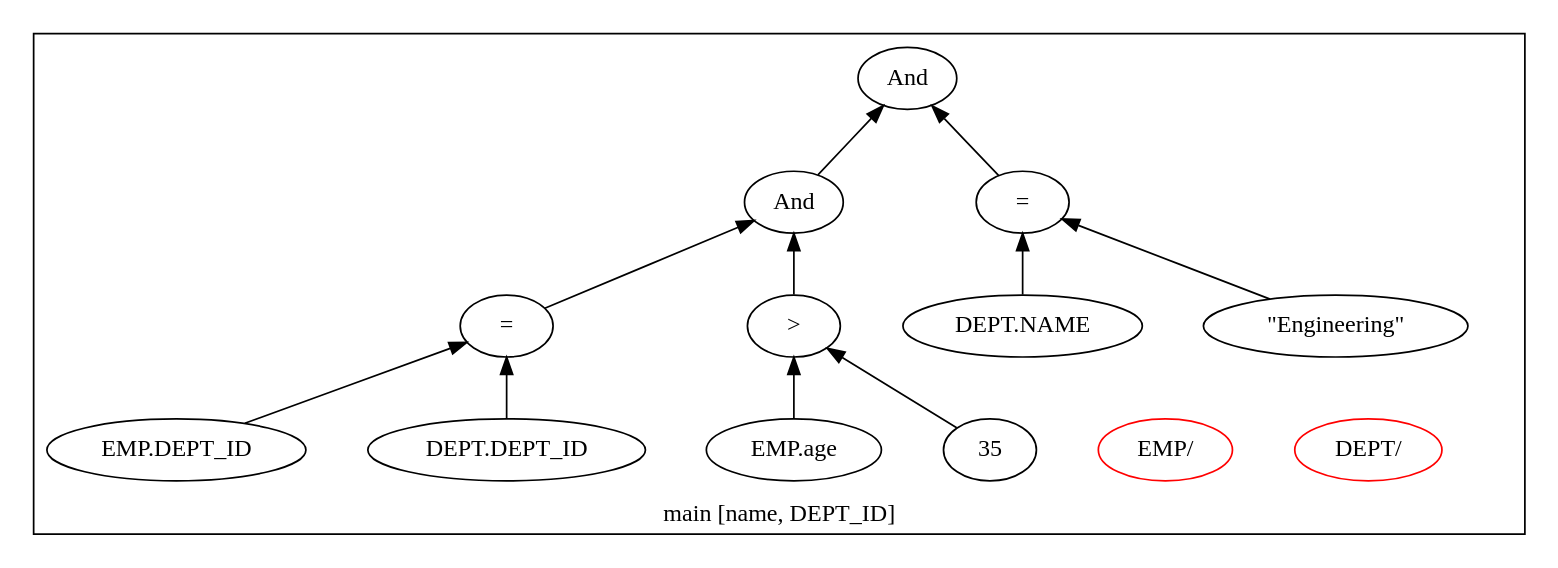
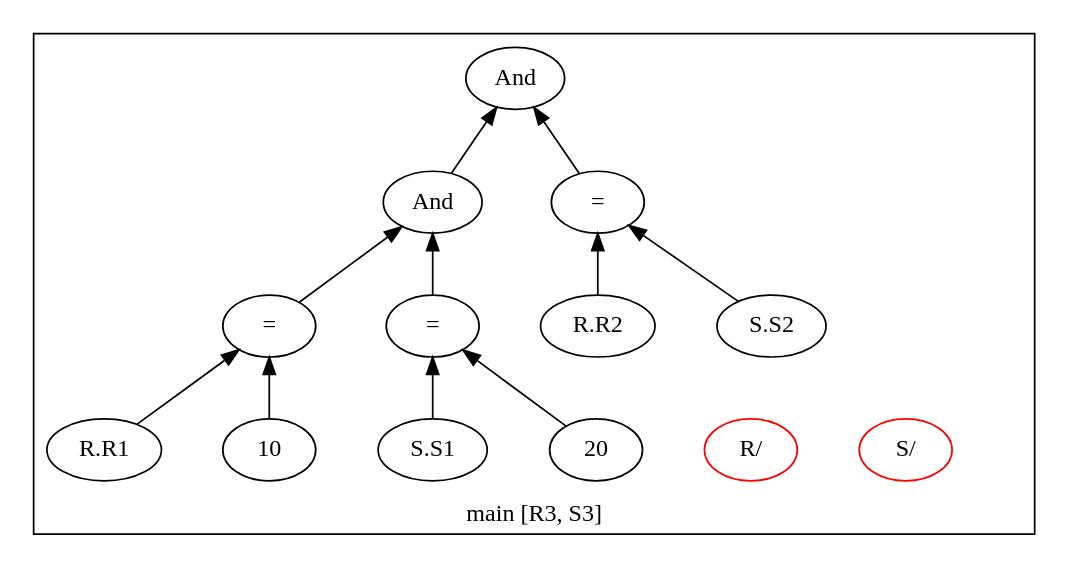
Before and after one commit to adarshpannu/kona: the diagram in qgm.dot, drawn with Graphviz. The commit also changed 7 other files, not shown here.

```diff
--- a/qgm.dot
+++ b/qgm.dot
@@ -1,32 +1,32 @@
 digraph example1 {
     rankdir=BT;
     nodesep=0.5;
     ordering="in";
   subgraph cluster_main {
-    label = "main [name, DEPT_ID]";
+    label = "main [R3, S3]";
     "main_pt"[shape=point, color=white];
-    "QUN_1"[label="DEPT/ ", color=red]
-    "QUN_0"[label="EMP/ ", color=red]
-    exprnode0x7f9711d35d08[label="And"];
-    exprnode0x7f9711d35b68 -> exprnode0x7f9711d35d08;
-    exprnode0x7f9711d35cb8 -> exprnode0x7f9711d35d08;
-    exprnode0x7f9711d35b68[label="And"];
-    exprnode0x7f9711d34bf8 -> exprnode0x7f9711d35b68;
-    exprnode0x7f9711d35b18 -> exprnode0x7f9711d35b68;
-    exprnode0x7f9711d34bf8[label="="];
-    exprnode0x7f9711d344a8 -> exprnode0x7f9711d34bf8;
-    exprnode0x7f9711d34ba8 -> exprnode0x7f9711d34bf8;
-    exprnode0x7f9711d344a8[label="EMP.DEPT_ID"];
-    exprnode0x7f9711d34ba8[label="DEPT.DEPT_ID"];
-    exprnode0x7f9711d35b18[label=">"];
-    exprnode0x7f9711d350c8 -> exprnode0x7f9711d35b18;
-    exprnode0x7f9711d35ac8 -> exprnode0x7f9711d35b18;
-    exprnode0x7f9711d350c8[label="EMP.age"];
-    exprnode0x7f9711d35ac8[label="35"];
-    exprnode0x7f9711d35cb8[label="="];
-    exprnode0x7f9711d35bf8 -> exprnode0x7f9711d35cb8;
-    exprnode0x7f9711d35c68 -> exprnode0x7f9711d35cb8;
-    exprnode0x7f9711d35bf8[label="DEPT.NAME"];
-    exprnode0x7f9711d35c68[label="\"Engineering\""];
+    "QUN_1"[label="S/ ", color=red]
+    "QUN_0"[label="R/ ", color=red]
+    exprnode0x7f906a8184b8[label="And"];
+    exprnode0x7f906a81e6c8 -> exprnode0x7f906a8184b8;
+    exprnode0x7f906a818468 -> exprnode0x7f906a8184b8;
+    exprnode0x7f906a81e6c8[label="And"];
+    exprnode0x7f906a81e588 -> exprnode0x7f906a81e6c8;
+    exprnode0x7f906a81e678 -> exprnode0x7f906a81e6c8;
+    exprnode0x7f906a81e588[label="="];
+    exprnode0x7f906a81d498 -> exprnode0x7f906a81e588;
+    exprnode0x7f906a81e538 -> exprnode0x7f906a81e588;
+    exprnode0x7f906a81d498[label="R.R1"];
+    exprnode0x7f906a81e538[label="10"];
+    exprnode0x7f906a81e678[label="="];
+    exprnode0x7f906a81e5d8 -> exprnode0x7f906a81e678;
+    exprnode0x7f906a81e628 -> exprnode0x7f906a81e678;
+    exprnode0x7f906a81e5d8[label="S.S1"];
+    exprnode0x7f906a81e628[label="20"];
+    exprnode0x7f906a818468[label="="];
+    exprnode0x7f906a817f78 -> exprnode0x7f906a818468;
+    exprnode0x7f906a818418 -> exprnode0x7f906a818468;
+    exprnode0x7f906a817f78[label="R.R2"];
+    exprnode0x7f906a818418[label="S.S2"];
 }
 }
```
